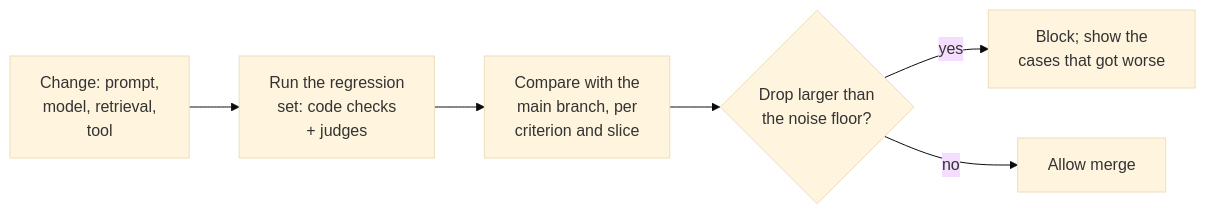
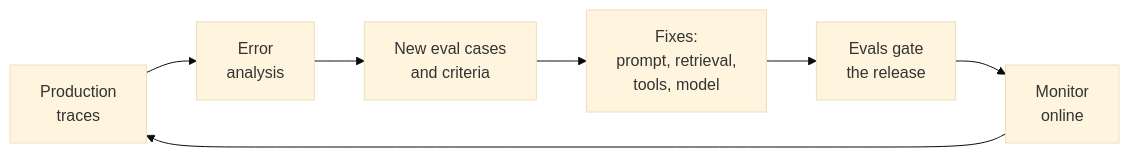
Before and after one commit to shubamchaudhary/CodeNITW: the sixth of 6 diagrams in src/Data/aiStackDocs/CH-08.md, drawn with Mermaid (base theme). The commit also changed other lines of this file and 52 other files, not shown here.

````diff
--- a/src/Data/aiStackDocs/CH-08.md
+++ b/src/Data/aiStackDocs/CH-08.md
@@ -280,8 +273,9 @@
 ```mermaid
 flowchart LR
-    PR["Change: prompt,<br/>model, retrieval,<br/>tool"] --> RUN["Run the regression<br/>set: code checks<br/>+ judges"]
-    RUN --> CMP["Compare with the<br/>main branch, per<br/>criterion and slice"]
-    CMP --> TOL{"Drop larger than<br/>the noise floor?"}
-    TOL -->|"yes"| BLK["Block; show the<br/>cases that got worse"]
-    TOL -->|"no"| OK["Allow merge"]
+    PR["Production<br/>traces"] --> EA["Error<br/>analysis"]
+    EA --> DS["New eval cases<br/>and criteria"]
+    DS --> FX["Fixes:<br/>prompt, retrieval,<br/>tools, model"]
+    FX --> GT["Evals gate<br/>the release"]
+    GT --> MO["Monitor<br/>online"]
+    MO --> PR
 ```
````
